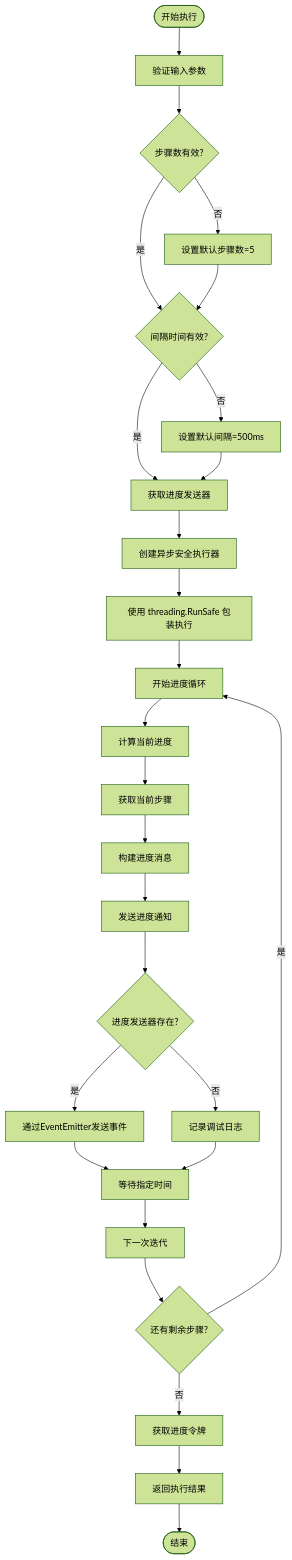
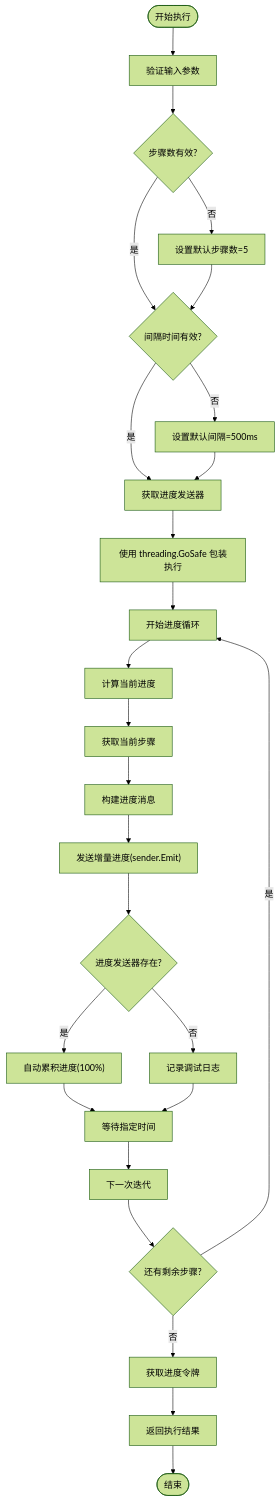
Before and after one commit to maomao94/zero-service: the fifth of 9 diagrams in .qoder/repowiki/zh/content/Test Progress Tool.md, drawn with Mermaid (forest theme). The commit also changed other lines of this file and 48 other files, not shown here.

````diff
--- a/.qoder/repowiki/zh/content/Test Progress Tool.md
+++ b/.qoder/repowiki/zh/content/Test Progress Tool.md
@@ -258,29 +271,28 @@
 ```mermaid
 flowchart TD
 Start([开始执行]) --> ValidateArgs["验证输入参数"]
 ValidateArgs --> CheckSteps{"步骤数有效?"}
 CheckSteps --> |否| SetDefaultSteps["设置默认步骤数=5"]
 CheckSteps --> |是| CheckInterval{"间隔时间有效?"}
 SetDefaultSteps --> CheckInterval
 CheckInterval --> |否| SetDefaultInterval["设置默认间隔=500ms"]
 CheckInterval --> |是| GetSender["获取进度发送器"]
 SetDefaultInterval --> GetSender
-GetSender --> CreateAsyncExec["创建异步安全执行器"]
-CreateAsyncExec --> RunSafe["使用 threading.RunSafe 包装执行"]
-RunSafe --> LoopStart["开始进度循环"]
+GetSender --> CreateGoSafe["使用 threading.GoSafe 包装执行"]
+CreateGoSafe --> LoopStart["开始进度循环"]
 LoopStart --> CalcProgress["计算当前进度"]
 CalcProgress --> GetCurrentStep["获取当前步骤"]
 GetCurrentStep --> BuildMessage["构建进度消息"]
-BuildMessage --> SendProgress["发送进度通知"]
-SendProgress --> CheckSender{"进度发送器存在?"}
-CheckSender --> |是| EmitEvent["通过EventEmitter发送事件"]
+BuildMessage --> SendIncrement["发送增量进度(sender.Emit)"]
+SendIncrement --> CheckSender{"进度发送器存在?"}
+CheckSender --> |是| AutoAccumulate["自动累积进度(100%)"]
 CheckSender --> |否| LogProgress["记录调试日志"]
-EmitEvent --> Sleep["等待指定时间"]
+AutoAccumulate --> Sleep["等待指定时间"]
 LogProgress --> Sleep
 Sleep --> NextIteration["下一次迭代"]
 NextIteration --> CheckLoop{"还有剩余步骤?"}
 CheckLoop --> |是| LoopStart
 CheckLoop --> |否| GetToken["获取进度令牌"]
 GetToken --> ReturnResult["返回执行结果"]
 ReturnResult --> End([结束])
 ```
````
